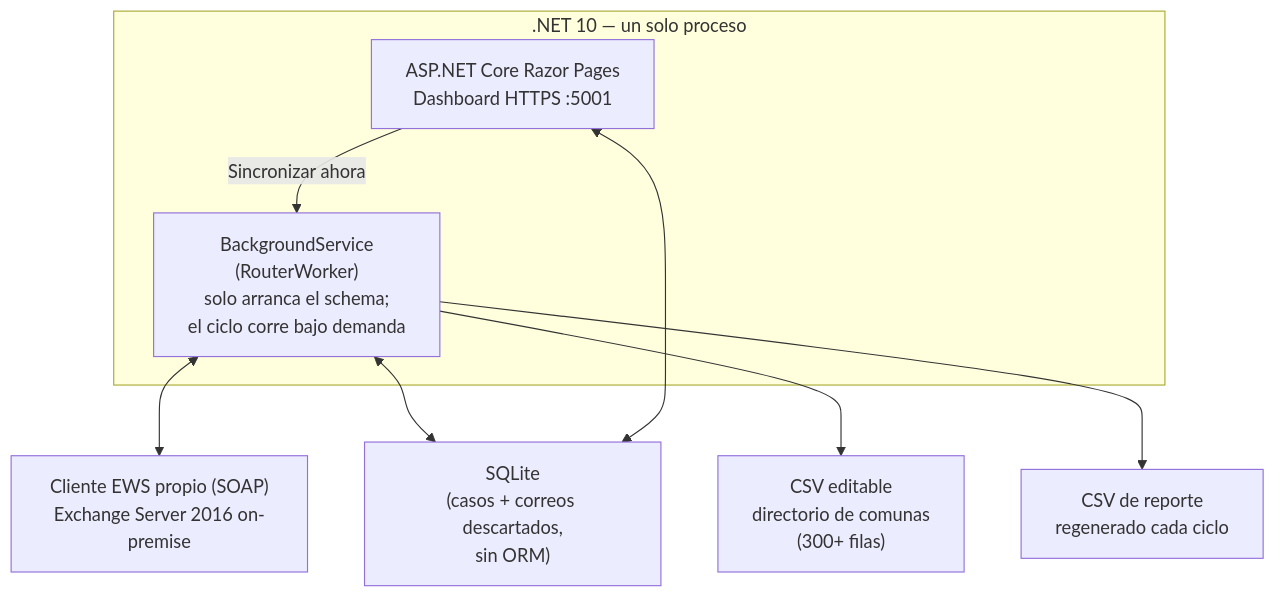
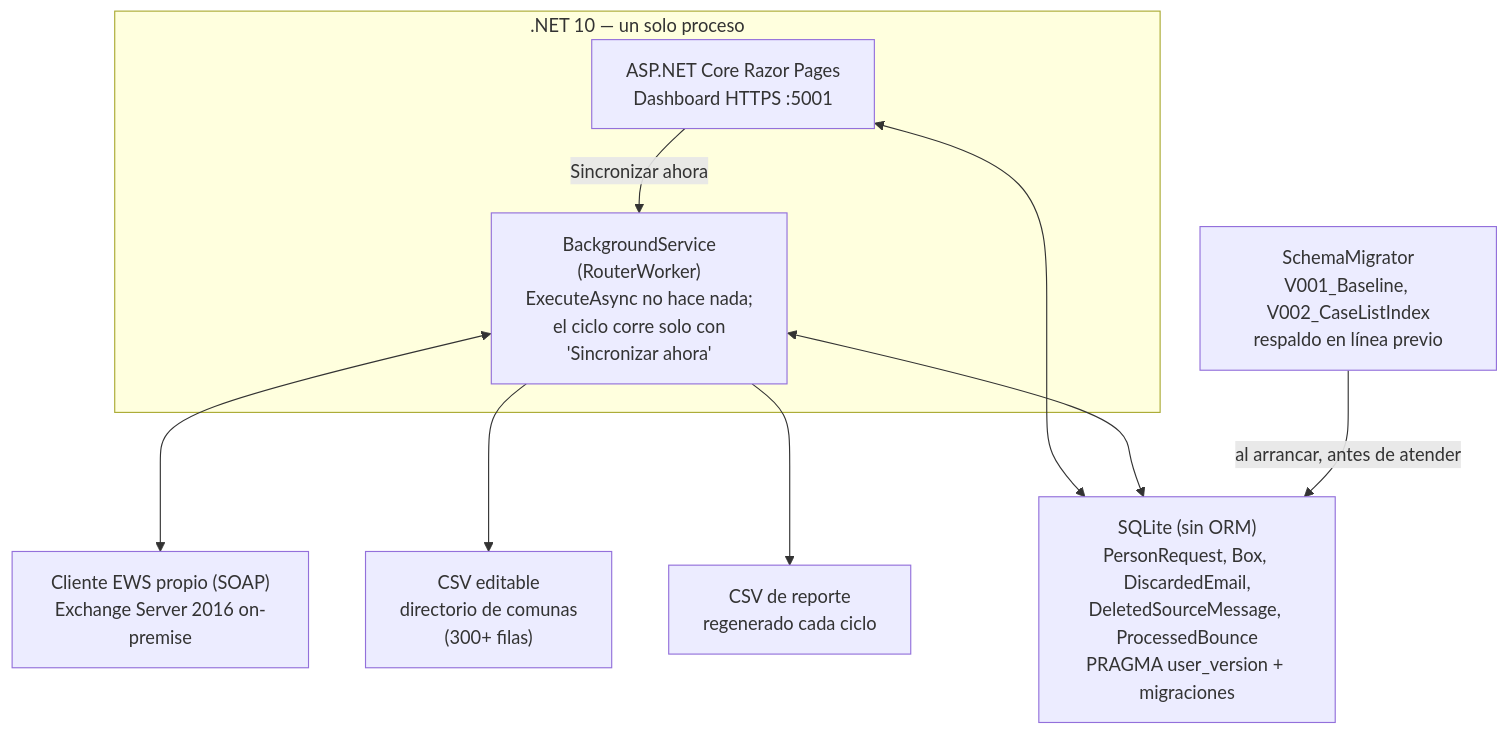
Before and after one commit to corsal2025/cambio-de-domicilio: the sixth of 7 diagrams in docs/diagrama-sistema.md, drawn with Mermaid. The commit also changed other lines of this file and 11 other files, not shown here.

````diff
--- a/docs/diagrama-sistema.md
+++ b/docs/diagrama-sistema.md
@@ -123,18 +165,20 @@
 ```mermaid
 flowchart TB
     subgraph Proceso[".NET 10 — un solo proceso"]
-        BG["BackgroundService<br/>(RouterWorker)<br/>solo arranca el schema;<br/>el ciclo corre bajo demanda"]
+        BG["BackgroundService<br/>(RouterWorker)<br/>ExecuteAsync no hace nada;<br/>el ciclo corre solo con<br/>'Sincronizar ahora'"]
         RP["ASP.NET Core Razor Pages<br/>Dashboard HTTPS :5001"]
     end
     EWS["Cliente EWS propio (SOAP)<br/>Exchange Server 2016 on-premise"]
-    SQLITE["SQLite<br/>(casos + correos descartados,<br/>sin ORM)"]
+    SQLITE["SQLite (sin ORM)<br/>PersonRequest, Box, DiscardedEmail,<br/>DeletedSourceMessage, ProcessedBounce<br/>PRAGMA user_version + migraciones"]
+    MIG["SchemaMigrator<br/>V001_Baseline, V002_CaseListIndex<br/>respaldo en línea previo"]
     CSVDIR["CSV editable<br/>directorio de comunas<br/>(300+ filas)"]
     CSVOUT["CSV de reporte<br/>regenerado cada ciclo"]
 
     RP -->|"Sincronizar ahora"| BG
     BG <--> EWS
+    MIG -->|"al arrancar, antes de atender"| SQLITE
     BG <--> SQLITE
     BG --> CSVDIR
     BG --> CSVOUT
     RP <--> SQLITE
 ```
````
